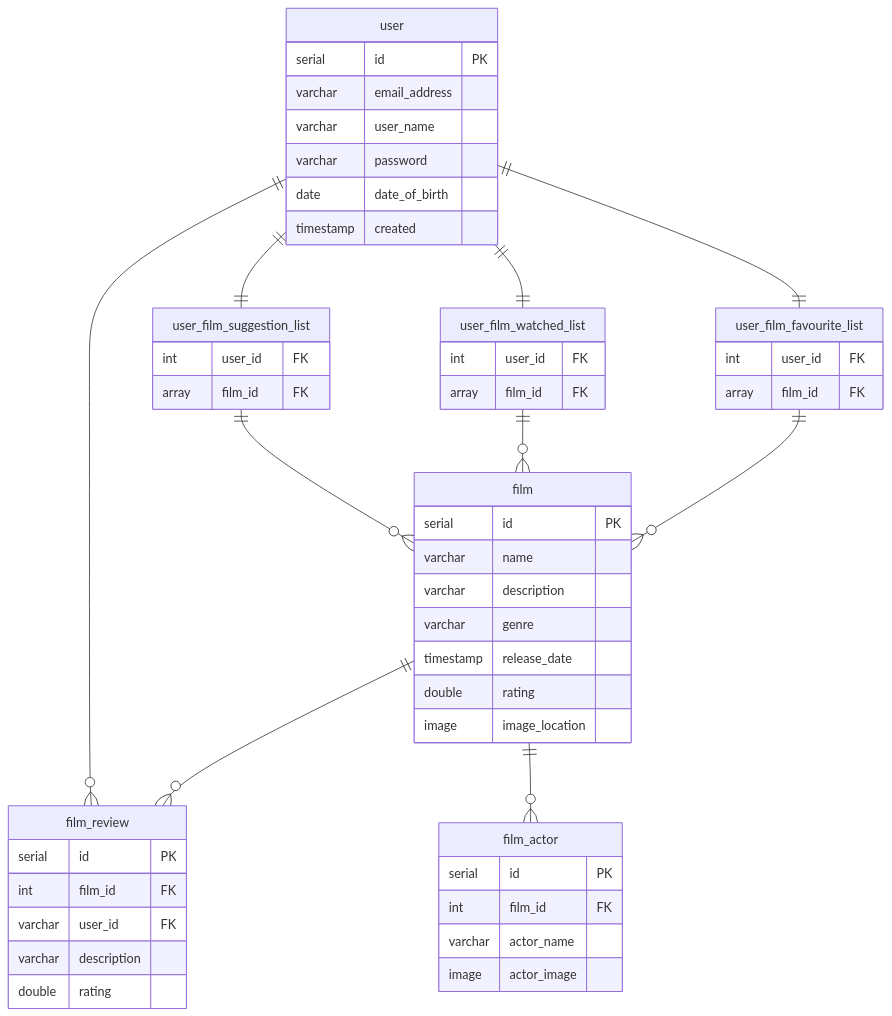
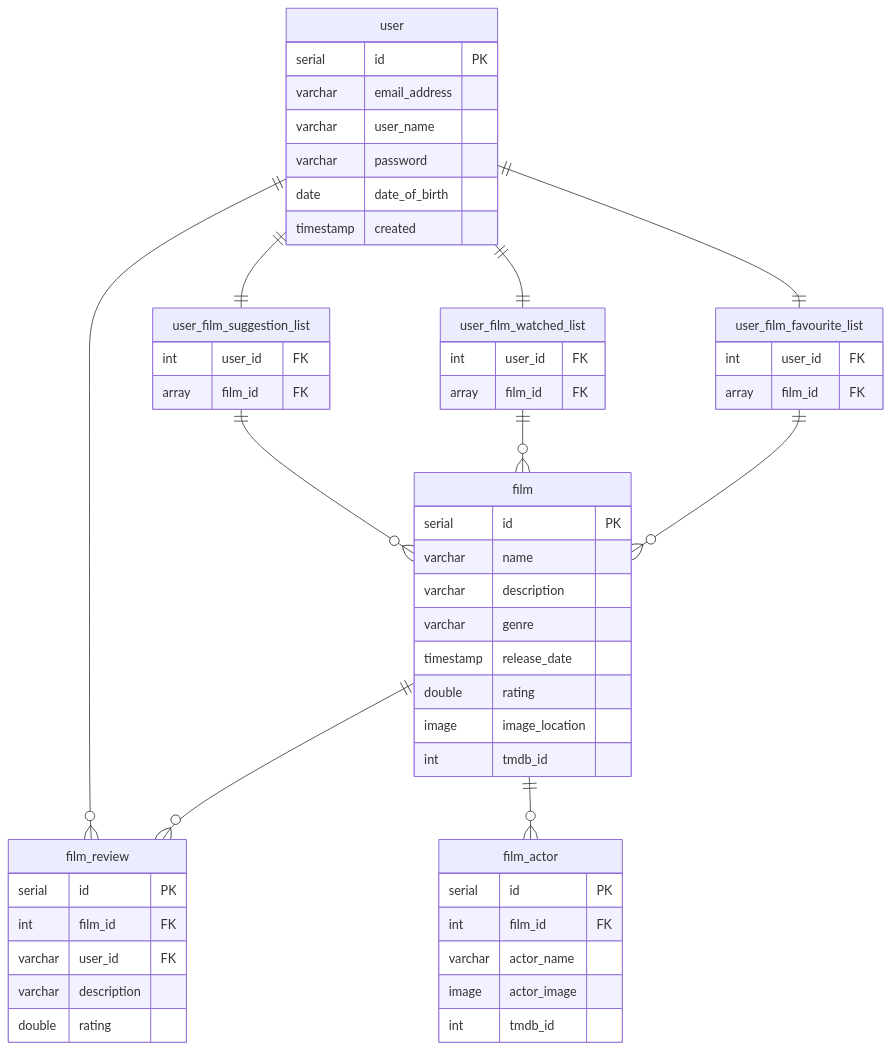
One commit to Niall96/HeresAFilm changed the second of 2 diagrams in README.md. Above: the diagram before and after it, drawn with Mermaid. The commit also changed other lines of this file, not shown here.

````diff
--- a/README.md
+++ b/README.md
@@ -44,55 +44,57 @@
 ```mermaid
 erDiagram 
  user ||--|| user_film_favourite_list : ""
  user ||--|| user_film_suggestion_list : ""
  user ||--|| user_film_watched_list: ""
  user_film_favourite_list ||--o{ film : ""
  user_film_watched_list ||--o{ film : ""
  user_film_suggestion_list ||--o{ film : ""
  film ||--o{ film_review : ""
  film ||--o{ film_actor : ""
  user ||--o{ film_review : ""
  
  user {
         serial id PK
         varchar email_address
         varchar user_name
         varchar password
         date date_of_birth
         timestamp created
     }
  user_film_favourite_list {
                  int user_id FK
                  array film_id FK
               }
  user_film_watched_list {
                  int user_id FK
                  array film_id FK
               }
  user_film_suggestion_list {
                   int user_id FK
                   array film_id FK
                }
  film {
       serial id PK
       varchar name
       varchar description
       varchar genre
       timestamp release_date
       double rating
       image image_location
+      int tmdb_id
       }
  film_review {
              serial id PK
              int film_id FK
              varchar user_id FK
              varchar description
              double rating
            }
  film_actor {
        serial id PK
        int film_id FK
        varchar actor_name
        image actor_image
+       int tmdb_id
      }
 ```
````
